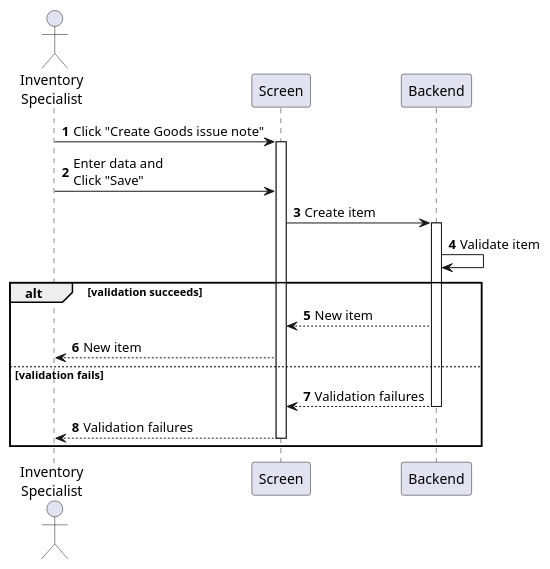
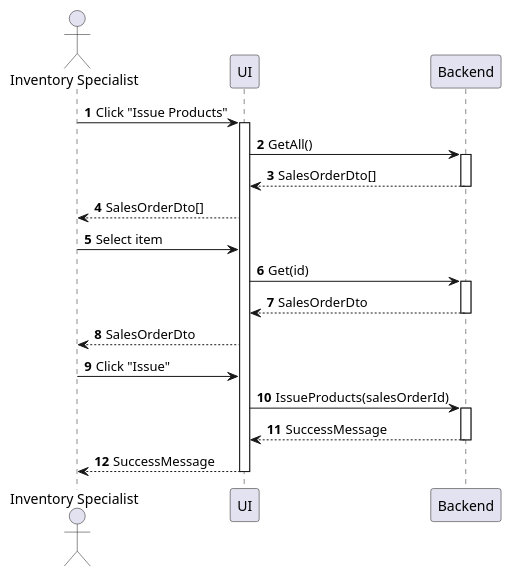
One commit to phihungha/scmss-reqs changed the diagram in sequences/inventory-product-issue.plantuml. Above: the diagram before and after it, drawn with PlantUML. The commit also changed 17 other files, not shown here.

Commit message:
Improve inventory sequences

```diff
--- a/sequences/inventory-product-issue.plantuml
+++ b/sequences/inventory-product-issue.plantuml
@@ -1,22 +1,24 @@
 @startuml inventory-product-issue
 autonumber
 
-actor "Inventory\nSpecialist" as a
-participant Screen as f
+actor "Inventory Specialist" as a
+participant UI as f
 participant Backend as b
 
-a -> f : Click "Create Goods issue note"
+a -> f : Click "Issue Products"
 activate f
-a -> f : Enter data and\nClick "Save"
-f -> b : Create item
+f -> b : GetAll()
 activate b
-b -> b : Validate item
-
-alt validation succeeds
-    b --> f : New item
-    f --> a : New item
-else validation fails
-    return Validation failures
-    return Validation failures
-end
+return SalesOrderDto[]
+f --> a : SalesOrderDto[]
+a -> f : Select item
+f -> b : Get(id)
+activate b
+return SalesOrderDto
+f --> a : SalesOrderDto
+a -> f : Click "Issue"
+f -> b : IssueProducts(salesOrderId)
+activate b
+return SuccessMessage
+return SuccessMessage
 @enduml
```
